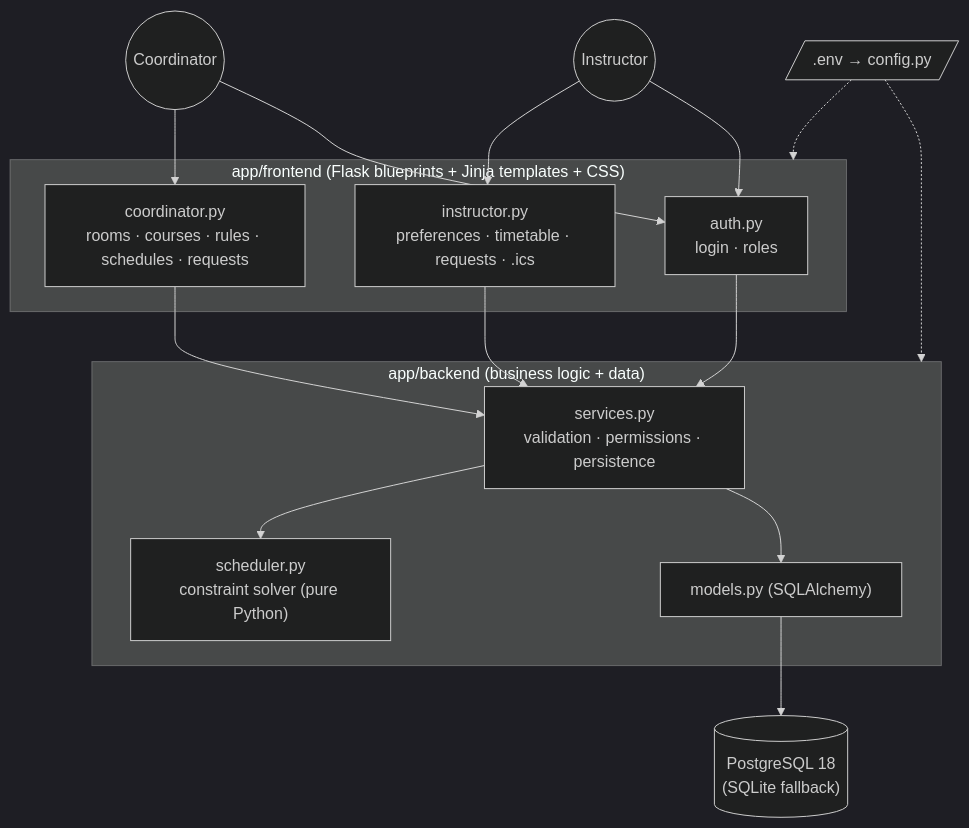
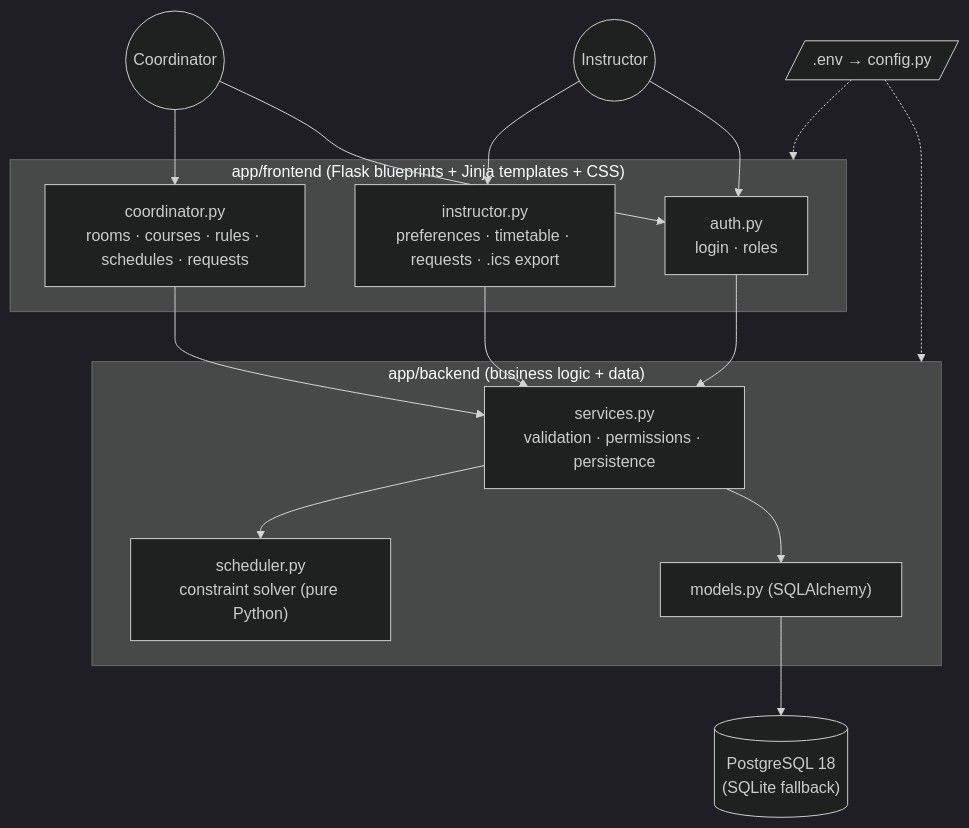
One commit to maruthi0/smart-scheduler changed the first of 6 diagrams in docs/design.md. Above: the diagram before and after it, drawn with Mermaid (dark theme). The commit also changed other lines of this file and 12 other files, not shown here.

````diff
--- a/docs/design.md
+++ b/docs/design.md
@@ -14,26 +14,26 @@
 ```mermaid
 flowchart TB
     subgraph Frontend["app/frontend (Flask blueprints + Jinja templates + CSS)"]
         AUTH["auth.py<br/>login · roles"]
         COORD["coordinator.py<br/>rooms · courses · rules · schedules · requests"]
-        INST["instructor.py<br/>preferences · timetable · requests · .ics"]
+        INST["instructor.py<br/>preferences · timetable · requests · .ics export"]
     end
     subgraph Backend["app/backend (business logic + data)"]
         SVC["services.py<br/>validation · permissions · persistence"]
         ALG["scheduler.py<br/>constraint solver (pure Python)"]
         ORM["models.py (SQLAlchemy)"]
     end
     DB[("PostgreSQL 18<br/>(SQLite fallback)")]
     ENV[/".env → config.py"/]
     Coordinator((Coordinator)) --> COORD
     Instructor((Instructor)) --> INST
     Coordinator --> AUTH
     Instructor --> AUTH
     AUTH --> SVC
     COORD --> SVC
     INST --> SVC
     SVC --> ALG
     SVC --> ORM --> DB
     ENV -.-> Frontend
     ENV -.-> Backend
 ```
````
